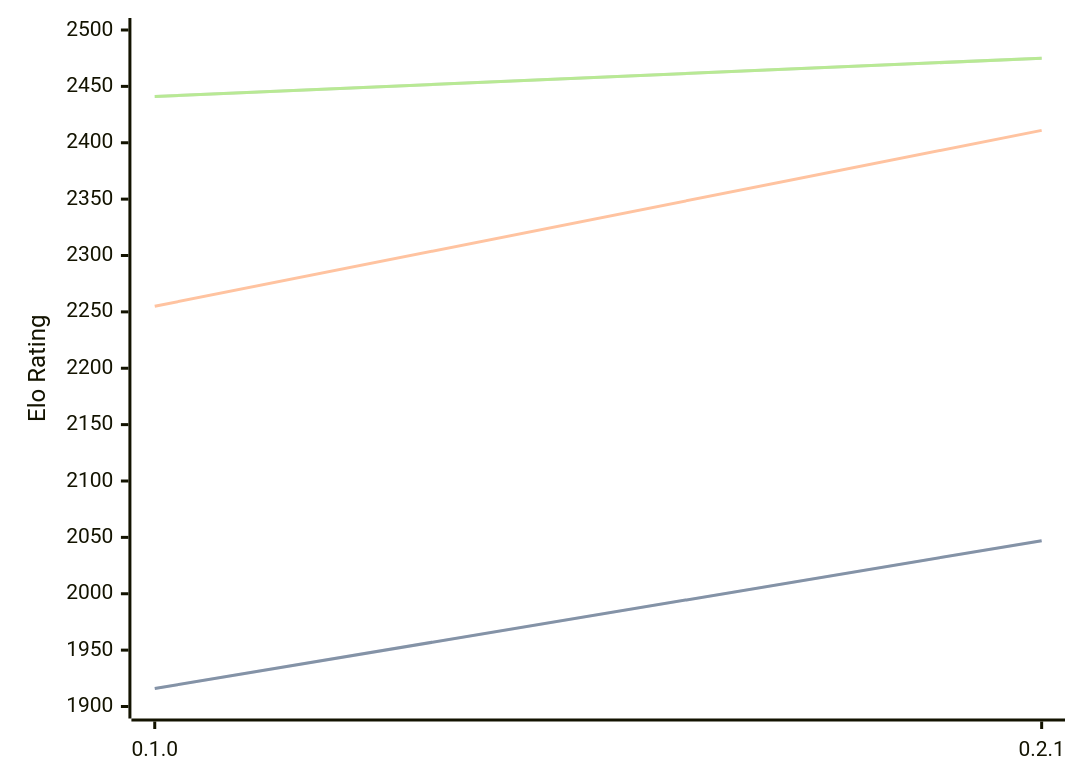
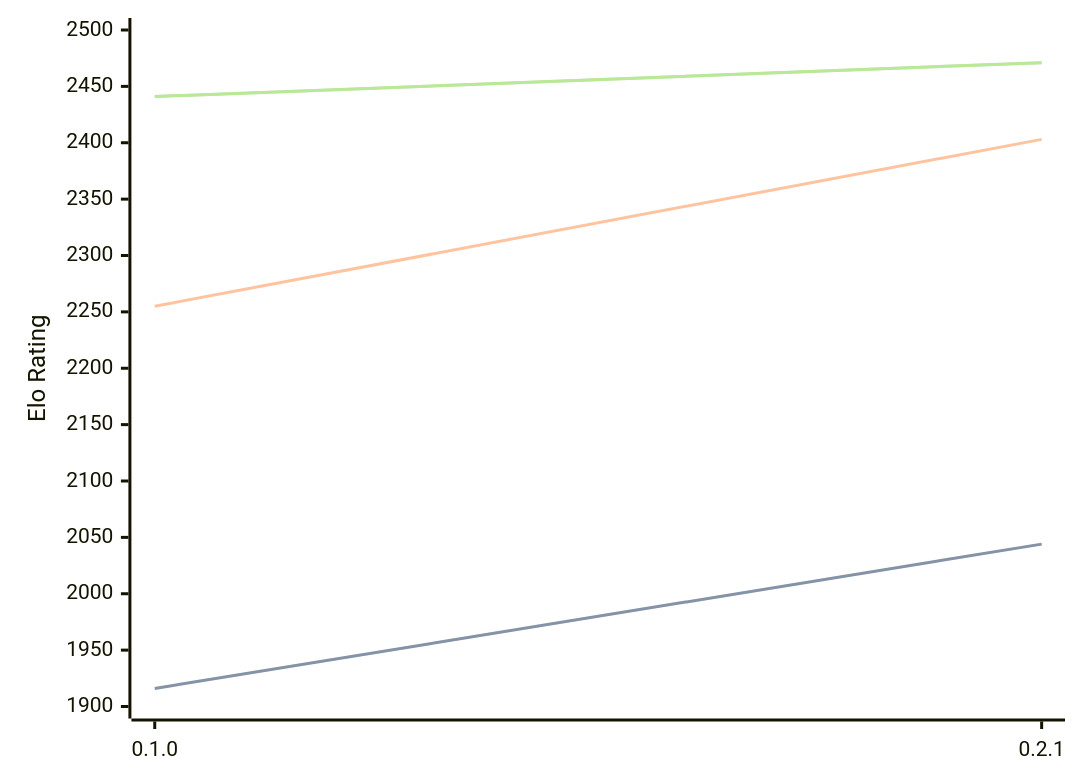
Before and after one commit to computer-chess-index/cci: the diagram in engines/Sykora.md, drawn with Mermaid. The commit also changed other lines of this file, not shown here.

Commit message:
Update CCI Ratings (ELO VLTC) - 2026-04-05

````diff
--- a/engines/Sykora.md
+++ b/engines/Sykora.md
@@ -33,11 +33,11 @@
 ```mermaid
 %%{init: {"theme":"base","themeVariables":{"seriesColors:['#a3a3a3','#222221','#faa371']}}}%%
 xychart-beta
   x-axis ["0.1.0", "0.2.1"]
   y-axis "Elo Rating" 1900 --> 2500
-  line "STC (8.0+0.08s)" [1916, 2047]
-  line "STC (8.0+0.08s)" [1916, 2047]
-  line "LTC (60.0+0.60s)" [2255, 2411]
-  line "VLTC (2m24s+1.12s)" [2441, 2475]
-  line "VLTC (2m24s+1.12s)" [2441, 2475]
+  line "STC (8.0+0.08s)" [1916, 2044]
+  line "STC (8.0+0.08s)" [1916, 2044]
+  line "LTC (60.0+0.60s)" [2255, 2403]
+  line "VLTC (2m24s+1.12s)" [2441, 2471]
+  line "VLTC (2m24s+1.12s)" [2441, 2471]
 ```
````
